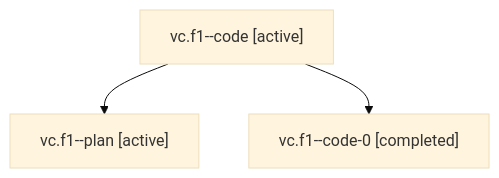
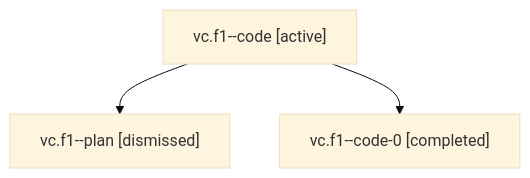
The diagram in sessions/bbugyi200.athena.vc.f1.md (sase-org/sase--agents), drawn with Mermaid (base theme) before and after one commit. The commit also changed other lines of this file and 21 other files, not shown here.

````diff
--- a/sessions/bbugyi200.athena.vc.f1.md
+++ b/sessions/bbugyi200.athena.vc.f1.md
@@ -9,8 +9,8 @@
 ```mermaid
 flowchart TD
   n0["vc.f1--code [active]"]
-  n1["vc.f1--plan [active]"]
+  n1["vc.f1--plan [dismissed]"]
   n0 --> n1
   n2["vc.f1--code-0 [completed]"]
   n0 --> n2
 ```
````
